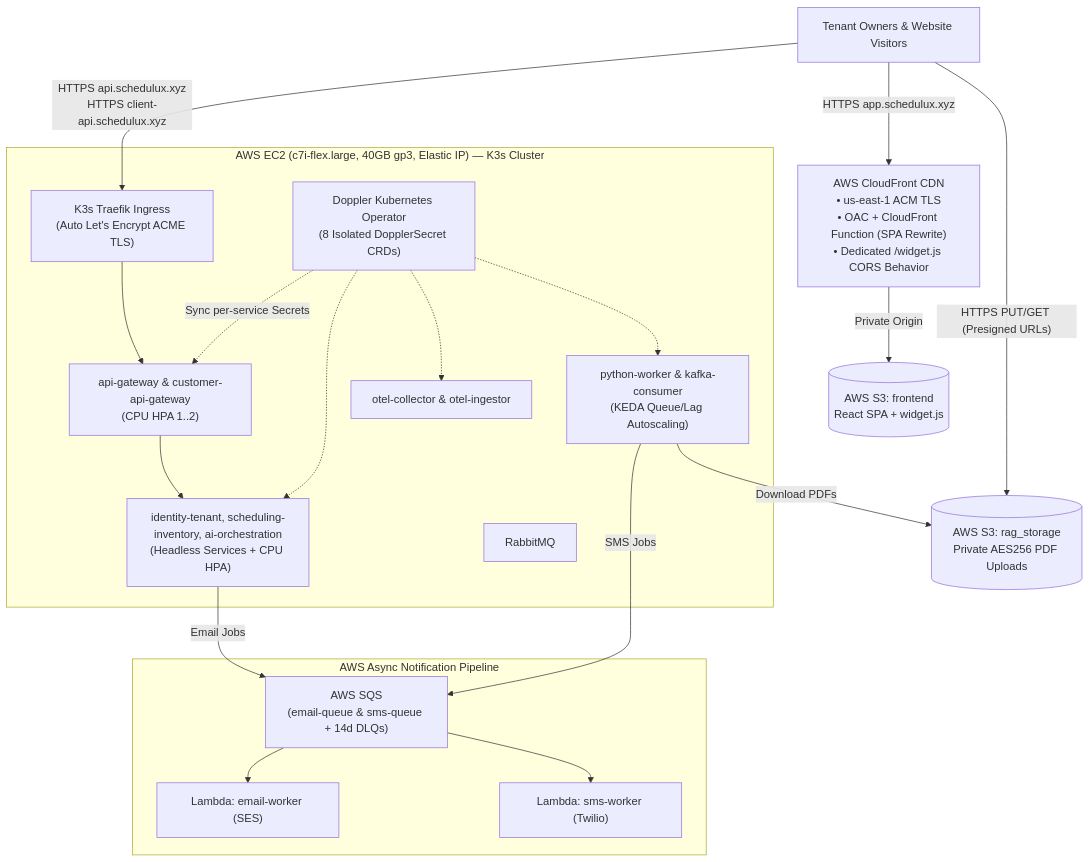
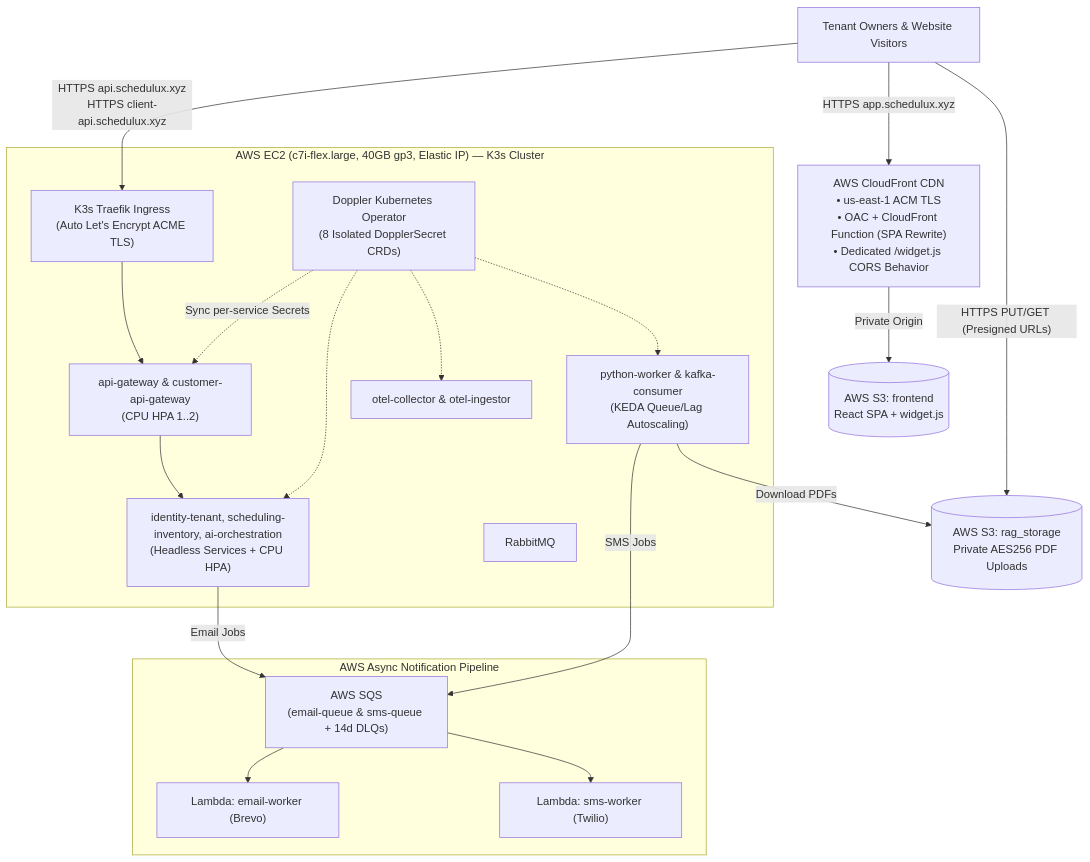
Before and after one commit to cjmatrix/Schedulux: the diagram in docs/infrastructure.md, drawn with Mermaid. The commit also changed other lines of this file and 16 other files, not shown here.

Commit message:
refactor: add prefault to zod schemas and update cookie clearing options

````diff
--- a/docs/infrastructure.md
+++ b/docs/infrastructure.md
@@ -9,33 +9,33 @@
 ```mermaid
 flowchart TB
     Users["Tenant Owners & Website Visitors"] -->|HTTPS app.schedulux.xyz| CF["AWS CloudFront CDN\n• us-east-1 ACM TLS\n• OAC + CloudFront Function (SPA Rewrite)\n• Dedicated /widget.js CORS Behavior"]
     CF -->|Private Origin| S3Web[("AWS S3: frontend\nReact SPA + widget.js")]
 
     Users -->|"HTTPS PUT/GET (Presigned URLs)"| S3Rag[("AWS S3: rag_storage\nPrivate AES256 PDF Uploads")]
 
     Users -->|"HTTPS api.schedulux.xyz\nHTTPS client-api.schedulux.xyz"| Traefik["K3s Traefik Ingress\n(Auto Let's Encrypt ACME TLS)"]
 
     subgraph EC2["AWS EC2 (c7i-flex.large, 40GB gp3, Elastic IP) — K3s Cluster"]
         Traefik --> Gateways["api-gateway & customer-api-gateway\n(CPU HPA 1..2)"]
         Gateways --> Core["identity-tenant, scheduling-inventory, ai-orchestration\n(Headless Services + CPU HPA)"]
         Workers["python-worker & kafka-consumer\n(KEDA Queue/Lag Autoscaling)"]
         ObsPods["otel-collector & otel-ingestor"]
         RMQ["RabbitMQ"]
         DopplerOp["Doppler Kubernetes Operator\n(8 Isolated DopplerSecret CRDs)"] -.->|"Sync per-service Secrets"| Gateways
         DopplerOp -.-> Core
         DopplerOp -.-> Workers
         DopplerOp -.-> ObsPods
     end
 
     subgraph Serverless["AWS Async Notification Pipeline"]
         SQS["AWS SQS\n(email-queue & sms-queue + 14d DLQs)"]
-        LEmail["Lambda: email-worker (SES)"]
+        LEmail["Lambda: email-worker (Brevo)"]
         LSms["Lambda: sms-worker (Twilio)"]
         SQS --> LEmail
         SQS --> LSms
     end
 
     Core -->|"Email Jobs"| SQS
     Workers -->|"SMS Jobs"| SQS
     Workers -->|"Download PDFs"| S3Rag
 ```
````
